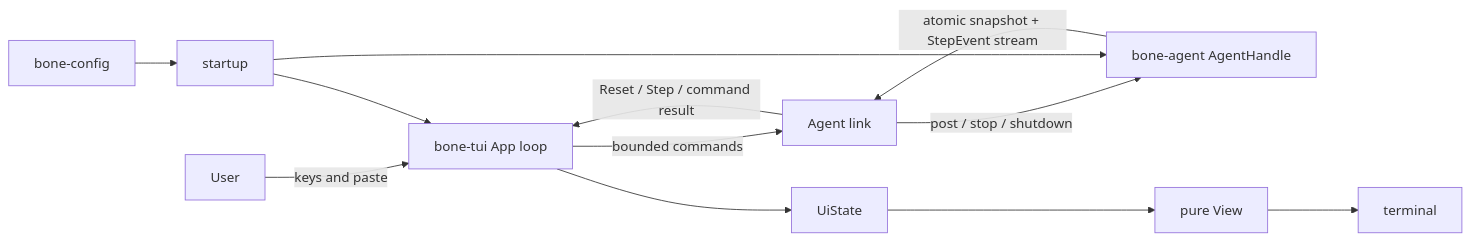
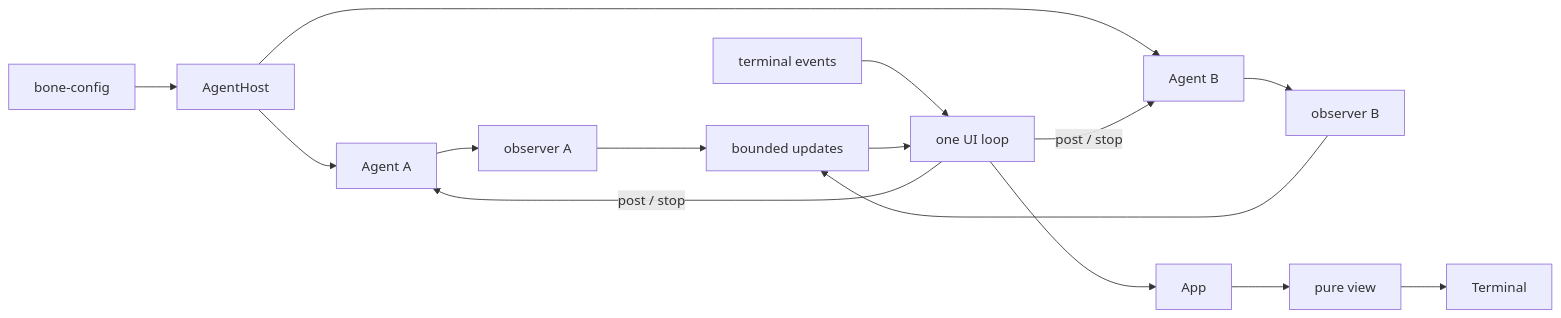
One commit to frelion/bone changed the diagram in docs/tui-architecture.md. Above: the diagram before and after it, drawn with Mermaid. The commit also changed other lines of this file and 20 other files, not shown here.

Commit message:
feat(tui): add multi-session terminal workspace

````diff
--- a/docs/tui-architecture.md
+++ b/docs/tui-architecture.md
@@ -41,14 +33,17 @@
 ```mermaid
 flowchart LR
-    User[User] -->|keys and paste| App
-    App[bone-tui App loop] -->|bounded commands| Link[Agent link]
-    Link -->|post / stop / shutdown| Handle[bone-agent AgentHandle]
-    Handle -->|atomic snapshot + StepEvent stream| Link
-    Link -->|Reset / Step / command result| App
-    App --> State[UiState]
-    State --> View[pure View]
-    View --> Terminal[terminal]
-    Config[bone-config] --> Startup[startup]
-    Startup --> App
-    Startup --> Handle
+    Config[bone-config] --> Host[AgentHost]
+    Host --> A[Agent A]
+    Host --> B[Agent B]
+    A --> OA[observer A]
+    B --> OB[observer B]
+    OA --> Q[bounded updates]
+    OB --> Q
+    Keys[terminal events] --> Loop[one UI loop]
+    Q --> Loop
+    Loop --> State[App]
+    State --> View[pure view]
+    View --> Terminal
+    Loop -->|post / stop| A
+    Loop -->|post / stop| B
 ```
````
